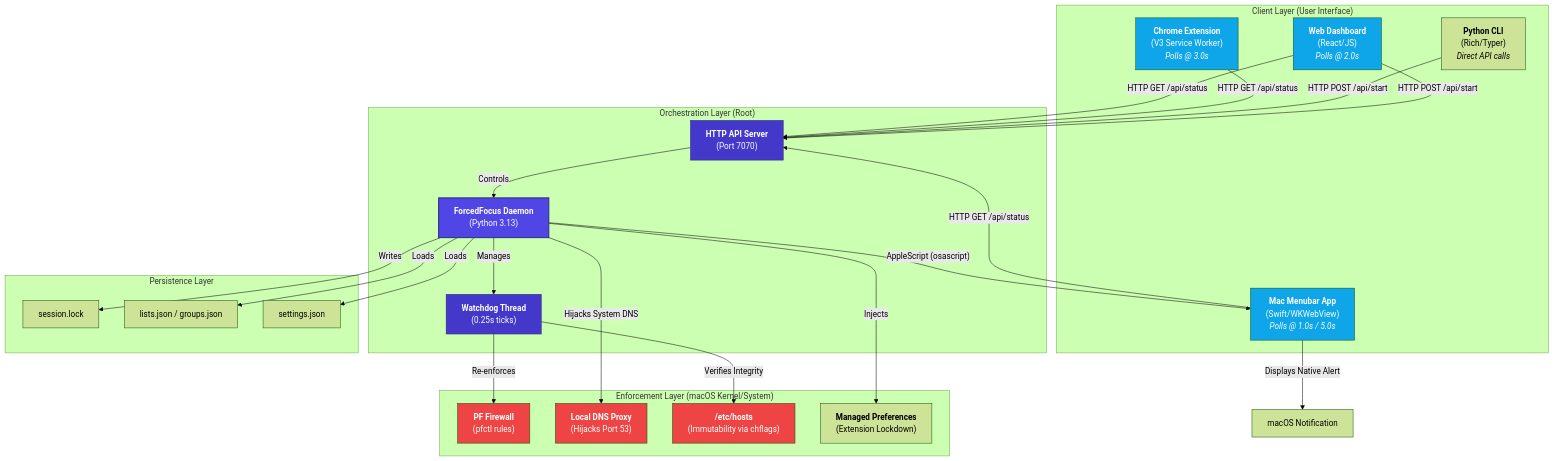
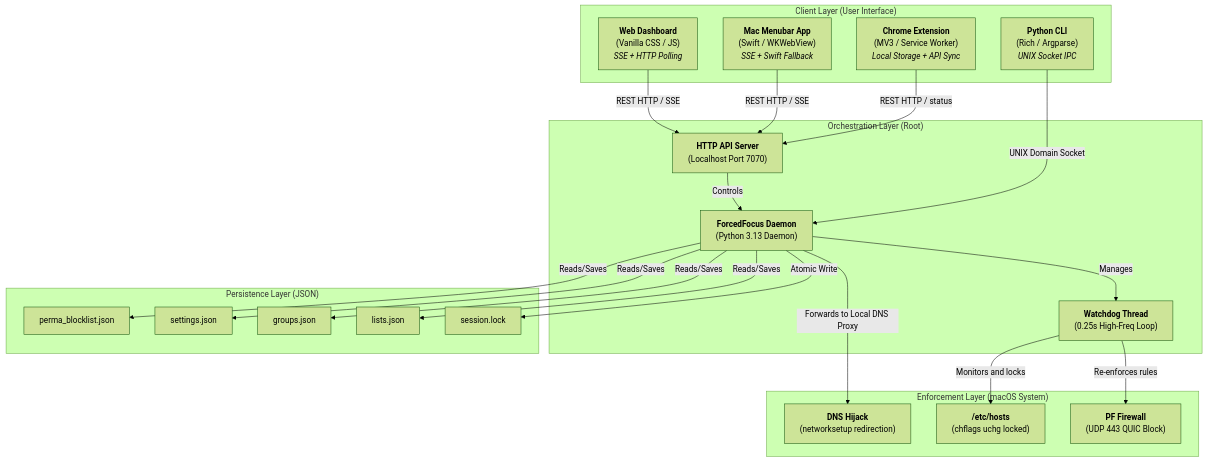
Before and after one commit to abdoahmedstudy-hue/ForcedFocu: the diagram in README.md, drawn with Mermaid (forest theme). The commit also changed other lines of this file and 1920 other files, not shown here.

````diff
--- a/README.md
+++ b/README.md
@@ -9,64 +64,50 @@
 ```mermaid
 graph TB
     subgraph "Client Layer (User Interface)"
-        WebUI["<b>Web Dashboard</b><br/>(React/JS)<br/><i>Polls @ 2.0s</i>"]
-        MacApp["<b>Mac Menubar App</b><br/>(Swift/WKWebView)<br/><i>Polls @ 1.0s / 5.0s</i>"]
-        Extension["<b>Chrome Extension</b><br/>(V3 Service Worker)<br/><i>Polls @ 3.0s</i>"]
-        CLI["<b>Python CLI</b><br/>(Rich/Typer)<br/><i>Direct API calls</i>"]
+        WebUI["<b>Web Dashboard</b><br/>(Vanilla CSS / JS)<br/><i>SSE + HTTP Polling</i>"]
+        MacApp["<b>Mac Menubar App</b><br/>(Swift / WKWebView)<br/><i>SSE + Swift Fallback</i>"]
+        Extension["<b>Chrome Extension</b><br/>(MV3 / Service Worker)<br/><i>Local Storage + API Sync</i>"]
+        CLI["<b>Python CLI</b><br/>(Rich / Argparse)<br/><i>UNIX Socket IPC</i>"]
     end
 
     subgraph "Orchestration Layer (Root)"
-        Daemon["<b>ForcedFocus Daemon</b><br/>(Python 3.13)"]
-        Watchdog["<b>Watchdog Thread</b><br/>(0.25s ticks)"]
-        APIServer["<b>HTTP API Server</b><br/>(Port 7070)"]
+        Daemon["<b>ForcedFocus Daemon</b><br/>(Python 3.13 Daemon)"]
+        Watchdog["<b>Watchdog Thread</b><br/>(0.25s High-Freq Loop)"]
+        APIServer["<b>HTTP API Server</b><br/>(Localhost Port 7070)"]
     end
 
-    subgraph "Enforcement Layer (macOS Kernel/System)"
-        PF["<b>PF Firewall</b><br/>(pfctl rules)"]
-        DNS["<b>Local DNS Proxy</b><br/>(Hijacks Port 53)"]
-        Hosts["<b>/etc/hosts</b><br/>(Immutability via chflags)"]
-        BrowserPolicy["<b>Managed Preferences</b><br/>(Extension Lockdown)"]
+    subgraph "Enforcement Layer (macOS System)"
+        PF["<b>PF Firewall</b><br/>(UDP 443 QUIC Block)"]
+        DNS["<b>DNS Hijack</b><br/>(networksetup redirection)"]
+        Hosts["<b>/etc/hosts</b><br/>(chflags uchg locked)"]
     end
 
-    subgraph "Persistence Layer"
+    subgraph "Persistence Layer (JSON)"
         Lock["session.lock"]
-        Lists["lists.json / groups.json"]
+        Lists["lists.json"]
+        Groups["groups.json"]
         Settings["settings.json"]
+        Perma["perma_blocklist.json"]
     end
 
-    %% Communication Flows
-    WebUI -- "HTTP GET /api/status" --> APIServer
-    MacApp -- "HTTP GET /api/status" --> APIServer
-    Extension -- "HTTP GET /api/status" --> APIServer
-    
-    CLI -- "HTTP POST /api/start" --> APIServer
-    WebUI -- "HTTP POST /api/start" --> APIServer
+    %% Communication
+    CLI -- "UNIX Domain Socket" --> Daemon
+    WebUI -- "REST HTTP / SSE" --> APIServer
+    MacApp -- "REST HTTP / SSE" --> APIServer
+    Extension -- "REST HTTP / status" --> APIServer
 
     APIServer -- "Controls" --> Daemon
     Daemon -- "Manages" --> Watchdog
-    
-    Daemon -- "Writes" --> Lock
-    Daemon -- "Loads" --> Lists
-    Daemon -- "Loads" --> Settings
 
-    %% System Enforcement
-    Watchdog -- "Verifies Integrity" --> Hosts
-    Watchdog -- "Re-enforces" --> PF
-    Daemon -- "Hijacks System DNS" --> DNS
-    Daemon -- "Injects" --> BrowserPolicy
-    
-    %% Notifications
-    Daemon -- "AppleScript (osascript)" --> MacApp
-    MacApp -- "Displays Native Alert" --> SystemAlert["macOS Notification"]
+    %% System Lockdown
+    Watchdog -- "Re-enforces rules" --> PF
+    Watchdog -- "Monitors and locks" --> Hosts
+    Daemon -- "Forwards to Local DNS Proxy" --> DNS
 
-    %% Visual Styling
-    style Daemon fill:#4f46e5,color:#fff,stroke:#312e81,stroke-width:2px
-    style Watchdog fill:#4338ca,color:#fff,stroke:#312e81
-    style APIServer fill:#4338ca,color:#fff,stroke:#312e81
-    style MacApp fill:#0ea5e9,color:#fff
-    style WebUI fill:#0ea5e9,color:#fff
-    style Extension fill:#0ea5e9,color:#fff
-    style DNS fill:#ef4444,color:#fff
-    style PF fill:#ef4444,color:#fff
-    style Hosts fill:#ef4444,color:#fff
+    %% Data Read/Write
+    Daemon -- "Atomic Write" --> Lock
+    Daemon -- "Reads/Saves" --> Lists
+    Daemon -- "Reads/Saves" --> Groups
+    Daemon -- "Reads/Saves" --> Settings
+    Daemon -- "Reads/Saves" --> Perma
 ```
````
